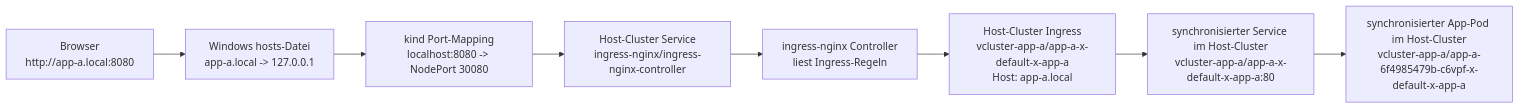
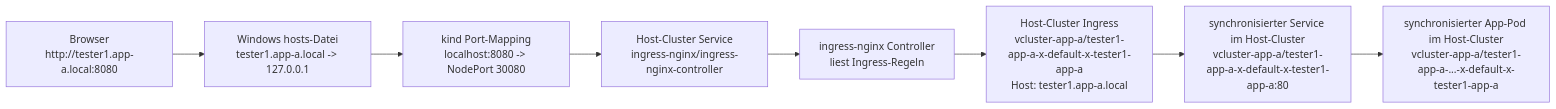
Before and after one commit to TomBuilder/kubernetes_lokal: the first of 2 diagrams in docs/architecture/lokales-vcluster-ingress-diagramme.md, drawn with Mermaid. The commit also changed other lines of this file and 12 other files, not shown here.

````diff
--- a/docs/architecture/lokales-vcluster-ingress-diagramme.md
+++ b/docs/architecture/lokales-vcluster-ingress-diagramme.md
@@ -7,10 +7,10 @@
 ```mermaid
 flowchart LR
-    A["Browser<br/>http://app-a.local:8080"] --> B["Windows hosts-Datei<br/>app-a.local -> 127.0.0.1"]
+    A["Browser<br/>http://tester1.app-a.local:8080"] --> B["Windows hosts-Datei<br/>tester1.app-a.local -> 127.0.0.1"]
     B --> C["kind Port-Mapping<br/>localhost:8080 -> NodePort 30080"]
     C --> D["Host-Cluster Service<br/>ingress-nginx/ingress-nginx-controller"]
     D --> E["ingress-nginx Controller<br/>liest Ingress-Regeln"]
-    E --> F["Host-Cluster Ingress<br/>vcluster-app-a/app-a-x-default-x-app-a<br/>Host: app-a.local"]
-    F --> G["synchronisierter Service im Host-Cluster<br/>vcluster-app-a/app-a-x-default-x-app-a:80"]
-    G --> H["synchronisierter App-Pod im Host-Cluster<br/>vcluster-app-a/app-a-6f4985479b-c6vpf-x-default-x-app-a"]
+    E --> F["Host-Cluster Ingress<br/>vcluster-app-a/tester1-app-a-x-default-x-tester1-app-a<br/>Host: tester1.app-a.local"]
+    F --> G["synchronisierter Service im Host-Cluster<br/>vcluster-app-a/tester1-app-a-x-default-x-tester1-app-a:80"]
+    G --> H["synchronisierter App-Pod im Host-Cluster<br/>vcluster-app-a/tester1-app-a-...-x-default-x-tester1-app-a"]
 ```
````
